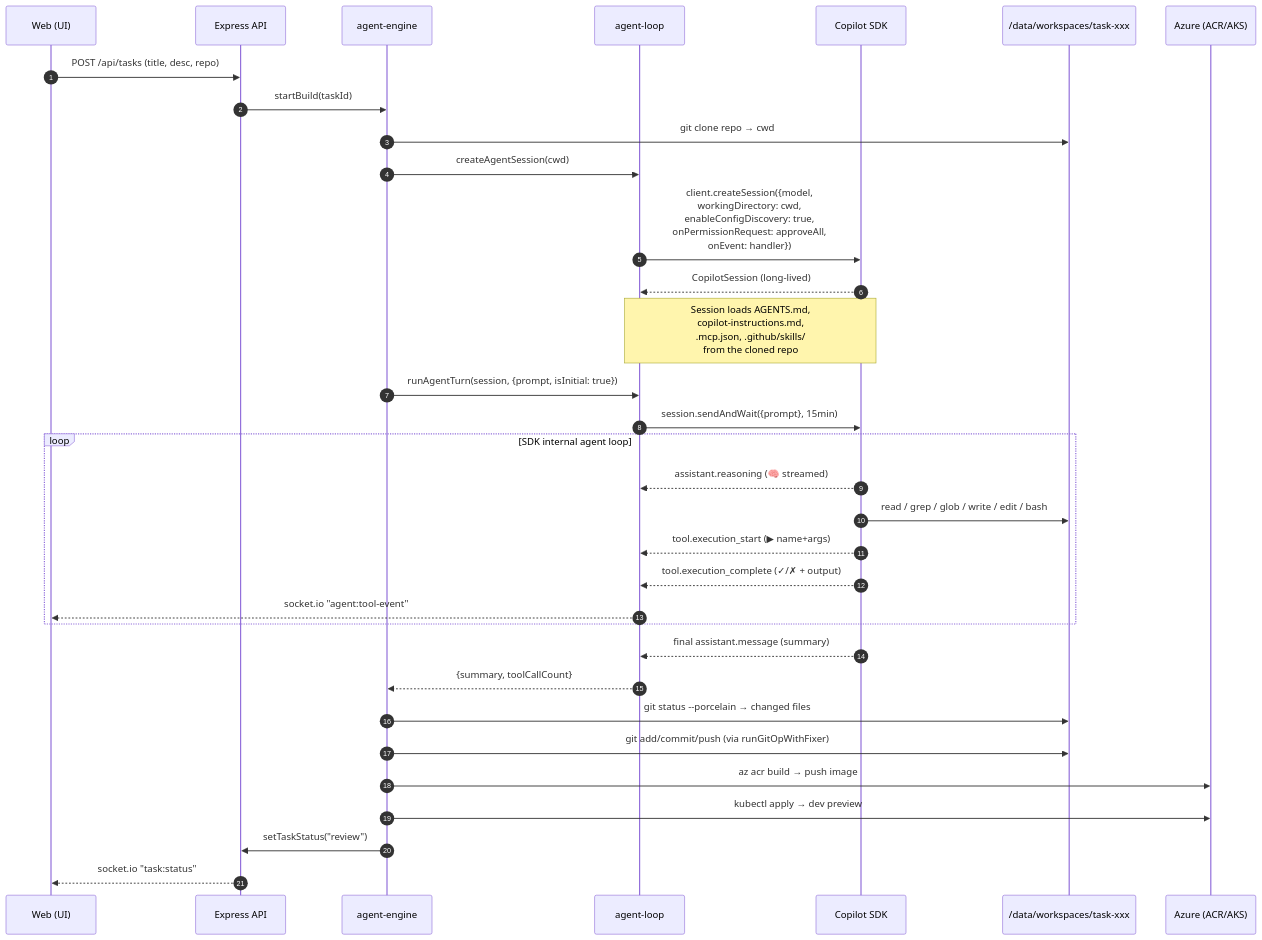
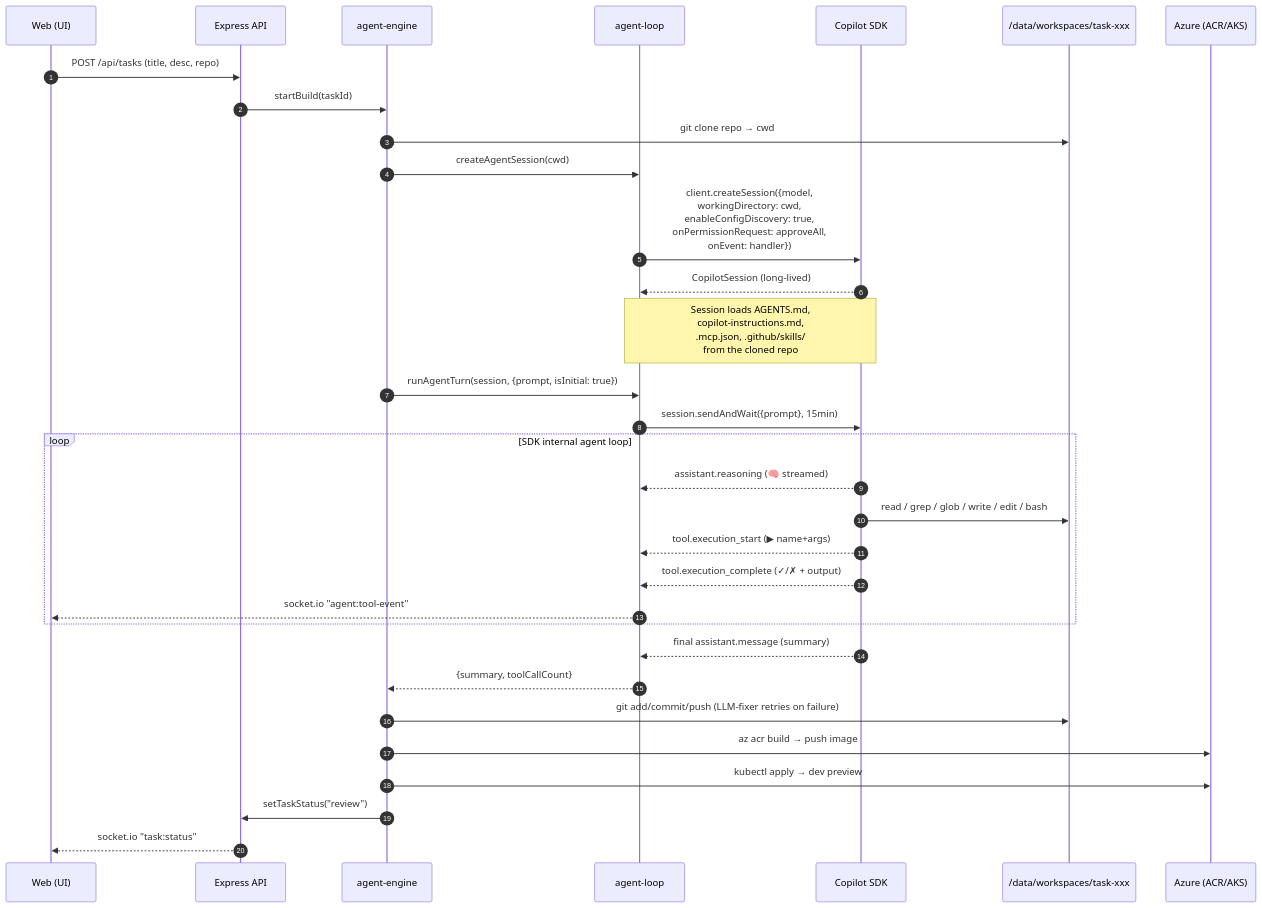
The first of 3 diagrams in README.md (crgarcia12/Liliput), drawn with Mermaid before and after one commit. The commit also changed other lines of this file and 6 other files, not shown here.

````diff
--- a/README.md
+++ b/README.md
@@ -20,39 +46,38 @@
 ```mermaid
 sequenceDiagram
     autonumber
     participant UI as Web (UI)
     participant API as Express API
     participant Eng as agent-engine
     participant AL as agent-loop
     participant SDK as Copilot SDK
     participant FS as /data/workspaces/task-xxx
     participant Az as Azure (ACR/AKS)
 
     UI->>API: POST /api/tasks (title, desc, repo)
     API->>Eng: startBuild(taskId)
     Eng->>FS: git clone repo → cwd
     Eng->>AL: createAgentSession(cwd)
     AL->>SDK: client.createSession({model,<br/>workingDirectory: cwd,<br/>enableConfigDiscovery: true,<br/>onPermissionRequest: approveAll,<br/>onEvent: handler})
     SDK-->>AL: CopilotSession (long-lived)
     Note over AL,SDK: Session loads AGENTS.md,<br/>copilot-instructions.md,<br/>.mcp.json, .github/skills/<br/>from the cloned repo
 
     Eng->>AL: runAgentTurn(session, {prompt, isInitial: true})
     AL->>SDK: session.sendAndWait({prompt}, 15min)
 
     loop SDK internal agent loop
         SDK-->>AL: assistant.reasoning (🧠 streamed)
         SDK->>FS: read / grep / glob / write / edit / bash
         SDK-->>AL: tool.execution_start (▶ name+args)
         SDK-->>AL: tool.execution_complete (✓/✗ + output)
         AL-->>UI: socket.io "agent:tool-event"
     end
 
     SDK-->>AL: final assistant.message (summary)
     AL-->>Eng: {summary, toolCallCount}
-    Eng->>FS: git status --porcelain → changed files
-    Eng->>FS: git add/commit/push (via runGitOpWithFixer)
+    Eng->>FS: git add/commit/push (LLM-fixer retries on failure)
     Eng->>Az: az acr build → push image
     Eng->>Az: kubectl apply → dev preview
     Eng->>API: setTaskStatus("review")
     API-->>UI: socket.io "task:status"
 ```
````
